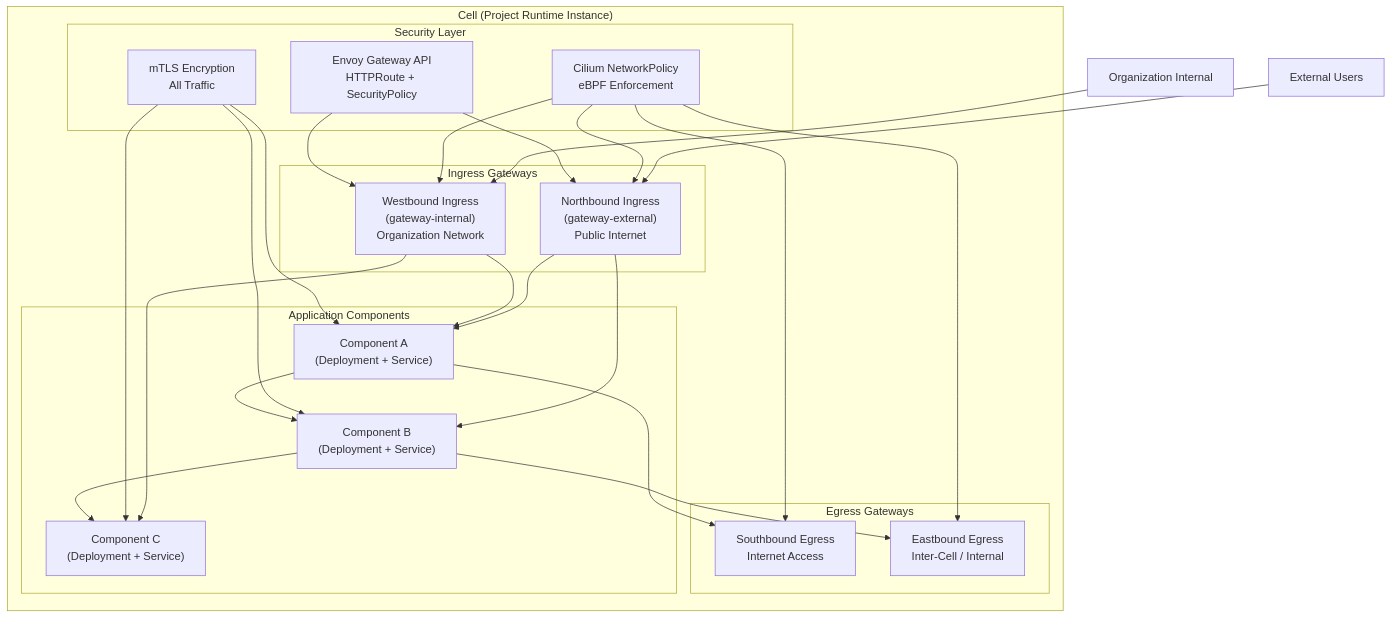
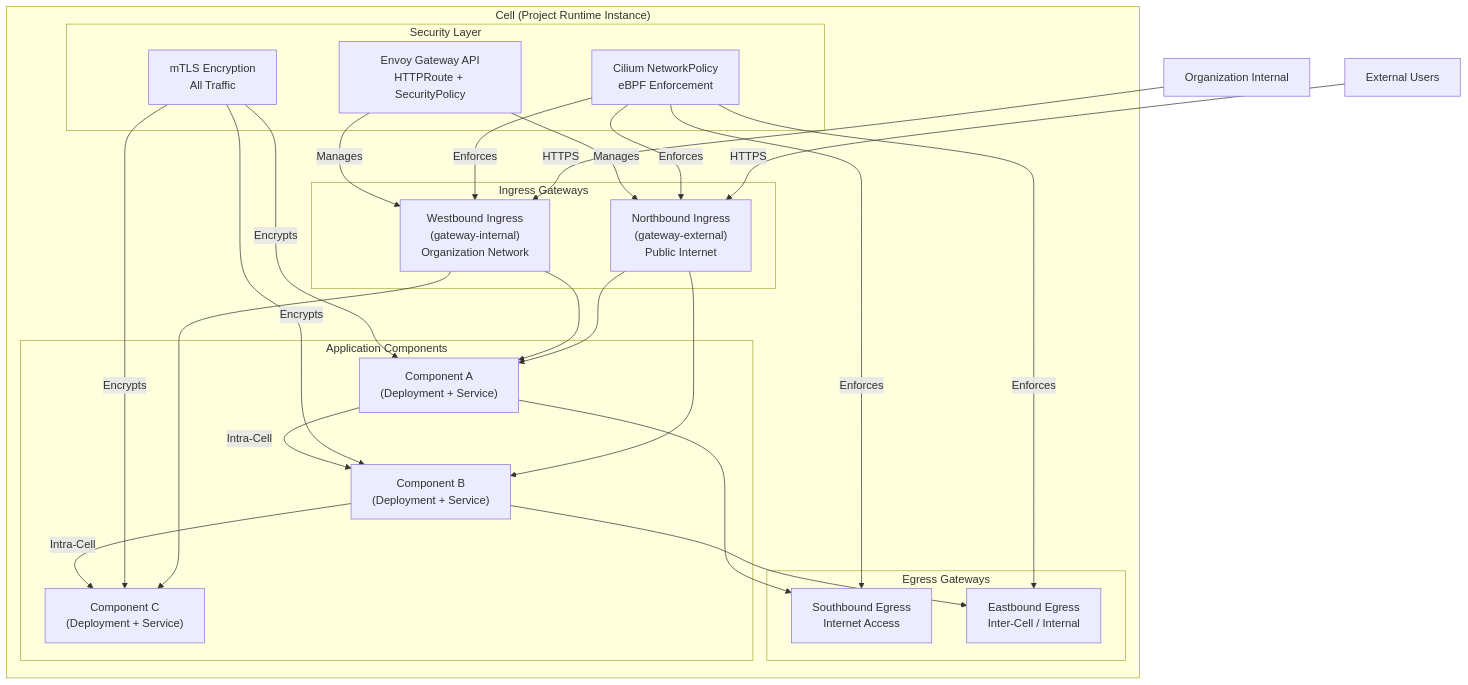
The first of 10 diagrams in docs/deepwiki/Cell-Runtime-Model.md (openchoreo/openchoreo), drawn with Mermaid before and after one commit. The commit also changed other lines of this file and 85 other files, not shown here.

Commit message:
feat: Add new workflow and specification templates, update Helm chart dependencies, and clarify documentation diagrams.

````diff
--- a/docs/deepwiki/Cell-Runtime-Model.md
+++ b/docs/deepwiki/Cell-Runtime-Model.md
@@ -38,61 +38,61 @@
 ```mermaid
 flowchart TD
 
 North["Northbound Ingress<br>(gateway-external)<br>Public Internet"]
 West["Westbound Ingress<br>(gateway-internal)<br>Organization Network"]
 CompA["Component A<br>(Deployment + Service)"]
 CompB["Component B<br>(Deployment + Service)"]
 CompC["Component C<br>(Deployment + Service)"]
 South["Southbound Egress<br>Internet Access"]
 East["Eastbound Egress<br>Inter-Cell / Internal"]
 Cilium["Cilium NetworkPolicy<br>eBPF Enforcement"]
 Envoy["Envoy Gateway API<br>HTTPRoute + SecurityPolicy"]
 mTLS["mTLS Encryption<br>All Traffic"]
 Internet["External Users"]
 OrgNet["Organization Internal"]
 
-Internet --> North
-OrgNet --> West
+Internet -->|"HTTPS"| North
+OrgNet -->|"HTTPS"| West
 
 subgraph Cell ["Cell (Project Runtime Instance)"]
     North --> CompA
     North --> CompB
     West --> CompA
     West --> CompC
     CompA --> South
     CompB --> East
-    Cilium --> North
-    Cilium --> West
-    Cilium --> South
-    Cilium --> East
-    Envoy --> North
-    Envoy --> West
-    mTLS --> CompA
-    mTLS --> CompB
-    mTLS --> CompC
+    Cilium -->|"Enforces"| North
+    Cilium -->|"Enforces"| West
+    Cilium -->|"Enforces"| South
+    Cilium -->|"Enforces"| East
+    Envoy -->|"Manages"| North
+    Envoy -->|"Manages"| West
+    mTLS -->|"Encrypts"| CompA
+    mTLS -->|"Encrypts"| CompB
+    mTLS -->|"Encrypts"| CompC
 
 subgraph Security ["Security Layer"]
     Cilium
     Envoy
     mTLS
 end
 
 subgraph Egress ["Egress Gateways"]
     South
     East
 end
 
 subgraph Components ["Application Components"]
     CompA
     CompB
     CompC
-    CompA --> CompB
-    CompB --> CompC
+    CompA -->|"Intra-Cell"| CompB
+    CompB -->|"Intra-Cell"| CompC
 end
 
 subgraph Ingress ["Ingress Gateways"]
     North
     West
 end
 end
 ```
````
